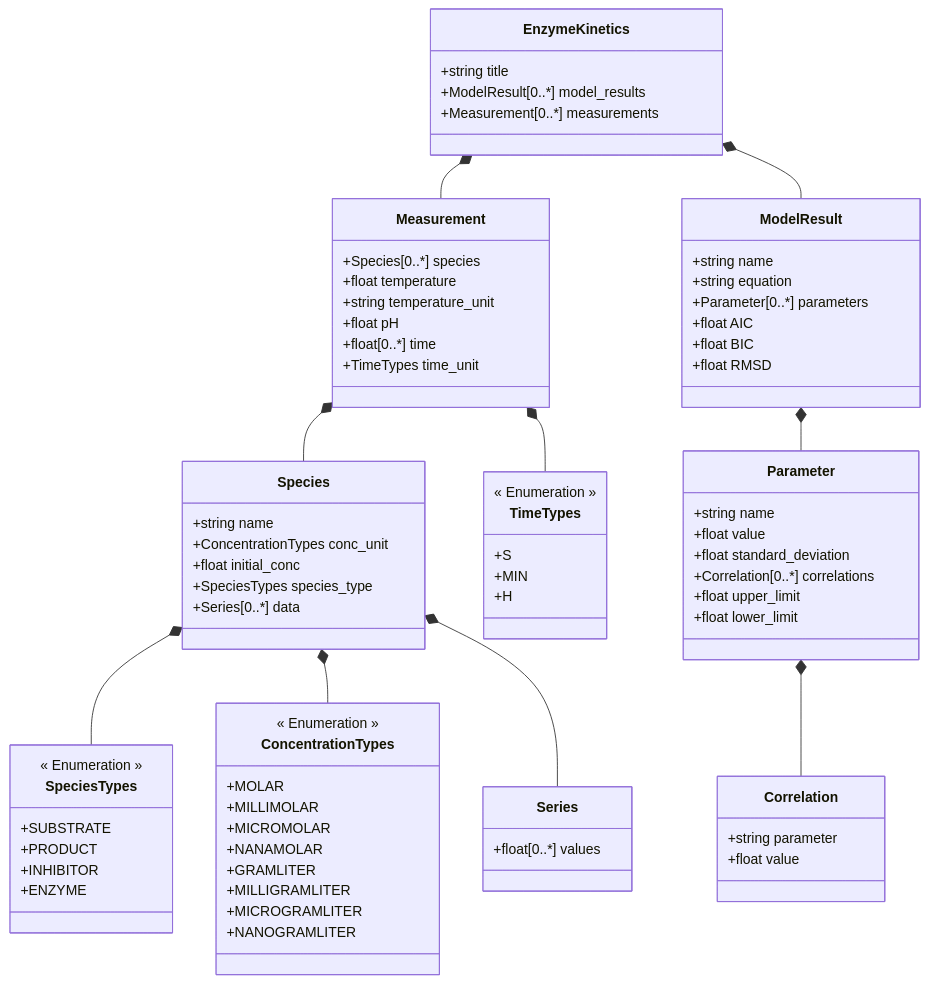
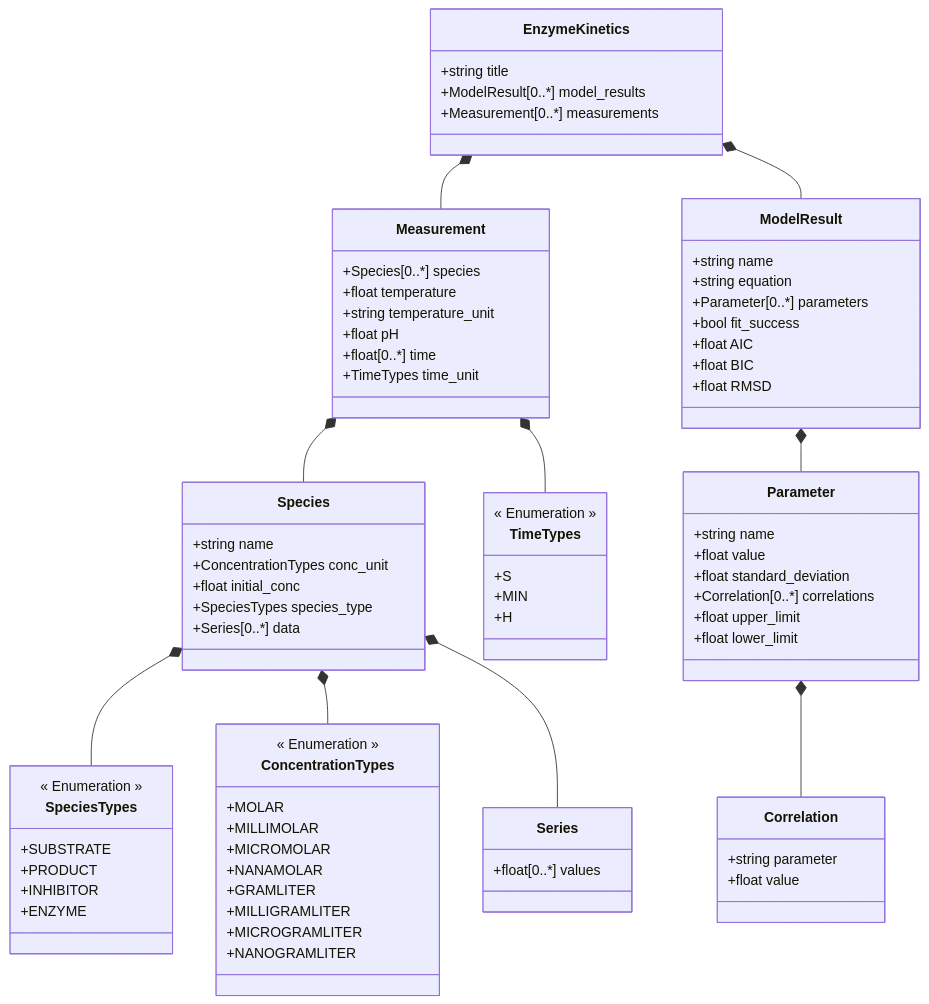
The diagram in EnzymePynetics/schemes/enzymepynetics_schema.md (FAIRChemistry/EnzymePynetics), drawn with Mermaid before and after one commit. The commit also changed 8 other files, not shown here.

```diff
--- a/EnzymePynetics/schemes/enzymepynetics_schema.md
+++ b/EnzymePynetics/schemes/enzymepynetics_schema.md
@@ -37,6 +37,7 @@
         +string name
         +string equation
         +Parameter[0..*] parameters
+        +bool fit_success
         +float AIC
         +float BIC
         +float RMSD
```
